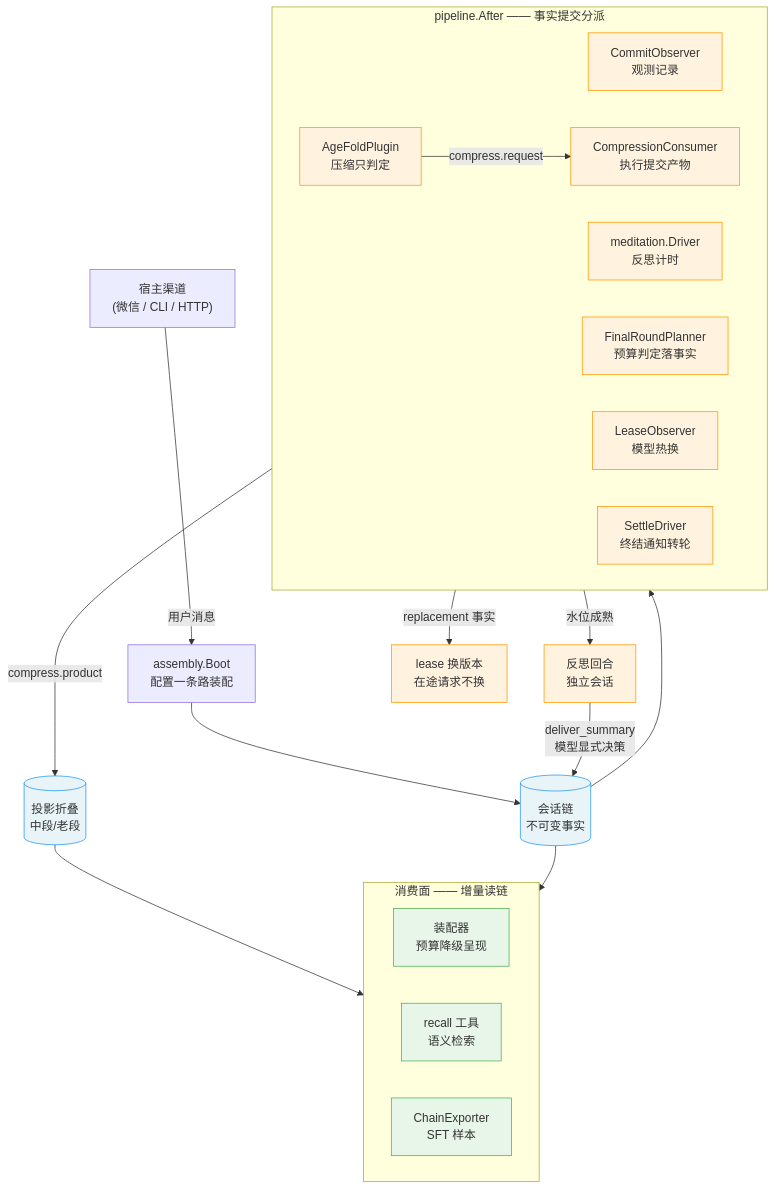
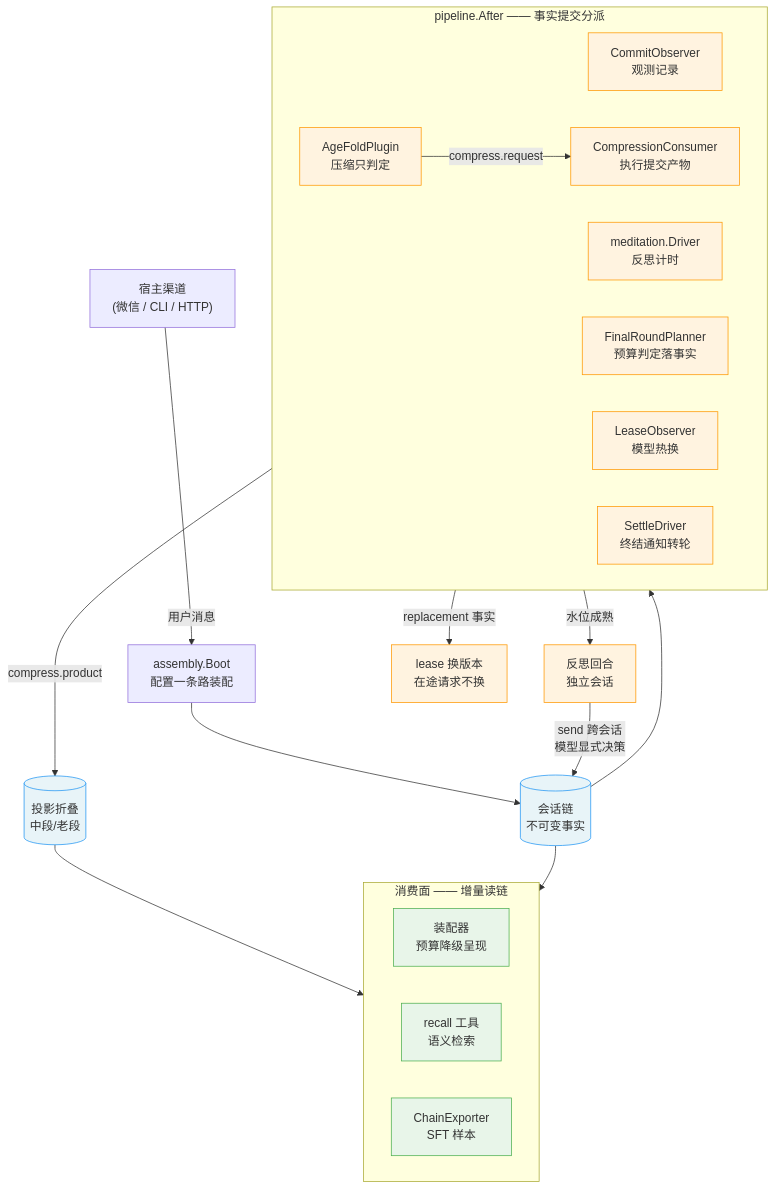
Before and after one commit to SpellingDragon/tagent: the first of 3 diagrams in README.md, drawn with Mermaid. The commit also changed other lines of this file and 281 other files, not shown here.

````diff
--- a/README.md
+++ b/README.md
@@ -48,39 +48,39 @@
 ```mermaid
 flowchart TB
     UI["宿主渠道<br/>(微信 / CLI / HTTP)"] -->|"用户消息"| BOOT["assembly.Boot<br/>配置一条路装配"]
     BOOT --> CHAIN[("会话链<br/>不可变事实")]
 
     subgraph PIPE["pipeline.After —— 事实提交分派"]
         direction LR
         OBS["CommitObserver<br/>观测记录"]
         MED["meditation.Driver<br/>反思计时"]
         FOLD["AgeFoldPlugin<br/>压缩只判定"]
         CRC["CompressionConsumer<br/>执行提交产物"]
         FRP["FinalRoundPlanner<br/>预算判定落事实"]
         LEASE["LeaseObserver<br/>模型热换"]
         SETTLE["SettleDriver<br/>终结通知转轮"]
     end
 
     CHAIN --> PIPE
     MED -->|"水位成熟"| REFLECT["反思回合<br/>独立会话"]
-    REFLECT -->|"deliver_summary<br/>模型显式决策"| CHAIN
+    REFLECT -->|"send 跨会话<br/>模型显式决策"| CHAIN
     LEASE -->|"replacement 事实"| SWAP["lease 换版本<br/>在途请求不换"]
     FOLD -->|"compress.request"| CRC
     CRC -->|"compress.product"| PROJ[("投影折叠<br/>中段/老段")]
 
     subgraph READ["消费面 —— 增量读链"]
         direction LR
         ASM["装配器<br/>预算降级呈现"]
         RCL["recall 工具<br/>语义检索"]
         EXP["ChainExporter<br/>SFT 样本"]
     end
     CHAIN --> READ
     PROJ --> ASM
 
     classDef fact fill:#e8f4f8,stroke:#2196f3
     classDef plugin fill:#fff3e0,stroke:#ff9800
     classDef consumer fill:#e8f5e9,stroke:#4caf50
     class CHAIN,PROJ fact
     class OBS,MED,FOLD,CRC,FRP,LEASE,SETTLE,REFLECT,SWAP plugin
     class ASM,RCL,EXP consumer
 ```
````
